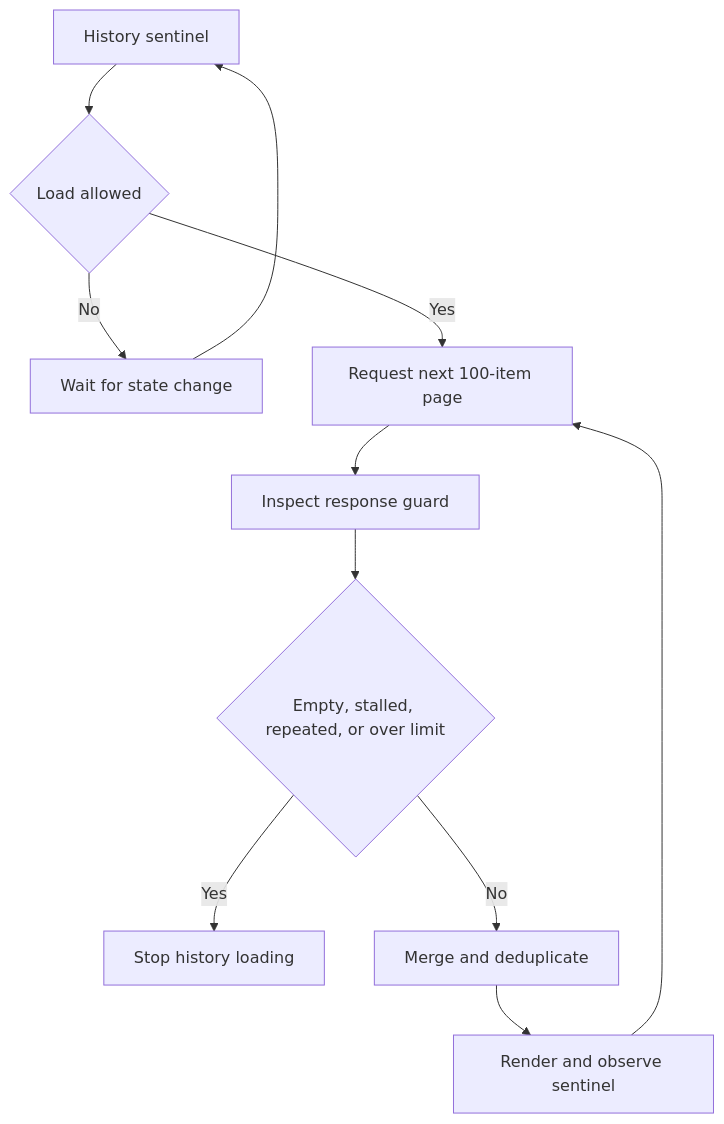
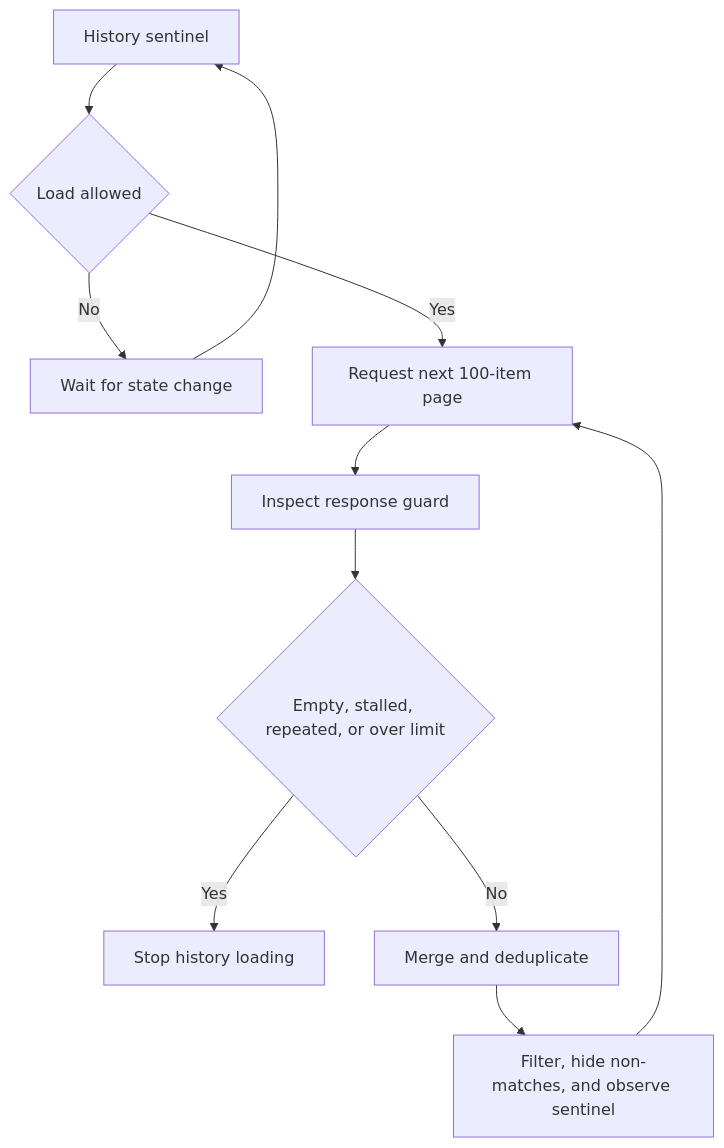
Before and after one commit to virtuecho/sina7x24: the fifth of 7 diagrams in ARCHITECTURE.md, drawn with Mermaid. The commit also changed other lines of this file and 2 other files, not shown here.

````diff
--- a/ARCHITECTURE.md
+++ b/ARCHITECTURE.md
@@ -177,13 +181,13 @@
 ```mermaid
 flowchart TD
   A["History sentinel"] --> B{"Load allowed"}
   B -->|No| C["Wait for state change"]
   B -->|Yes| D["Request next 100-item page"]
   D --> E["Inspect response guard"]
   E --> F{"Empty, stalled, repeated, or over limit"}
   F -->|Yes| G["Stop history loading"]
   F -->|No| H["Merge and deduplicate"]
-  H --> I["Render and observe sentinel"]
+  H --> I["Filter, hide non-matches, and observe sentinel"]
   I --> D
   C --> A
 ```
````
